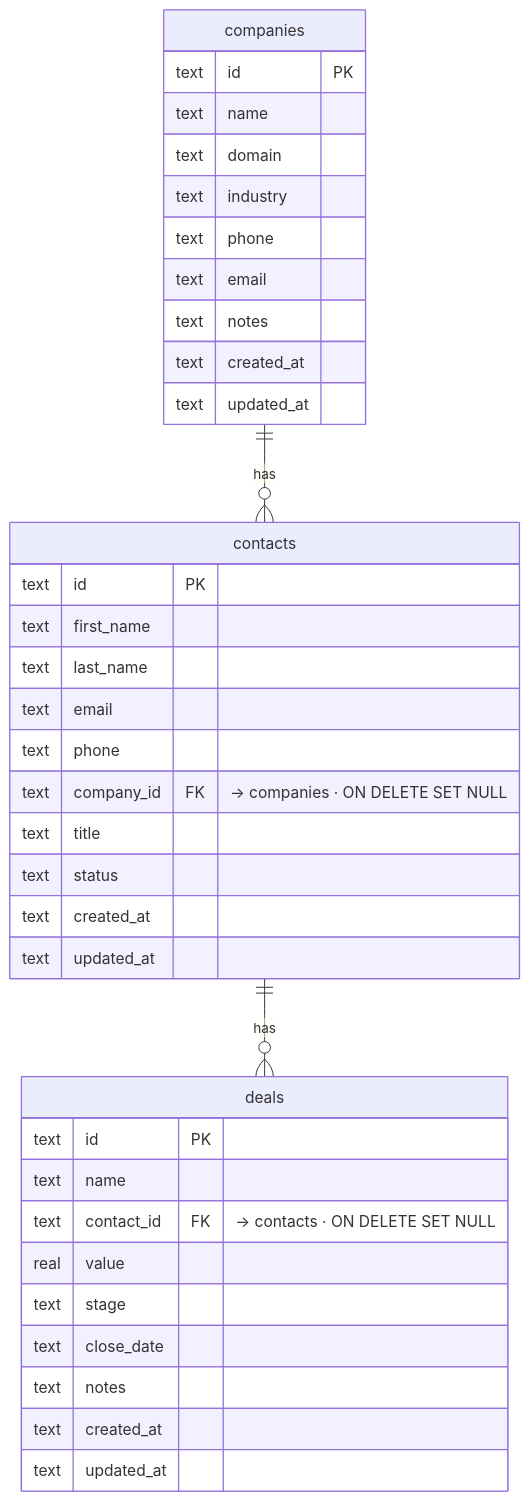
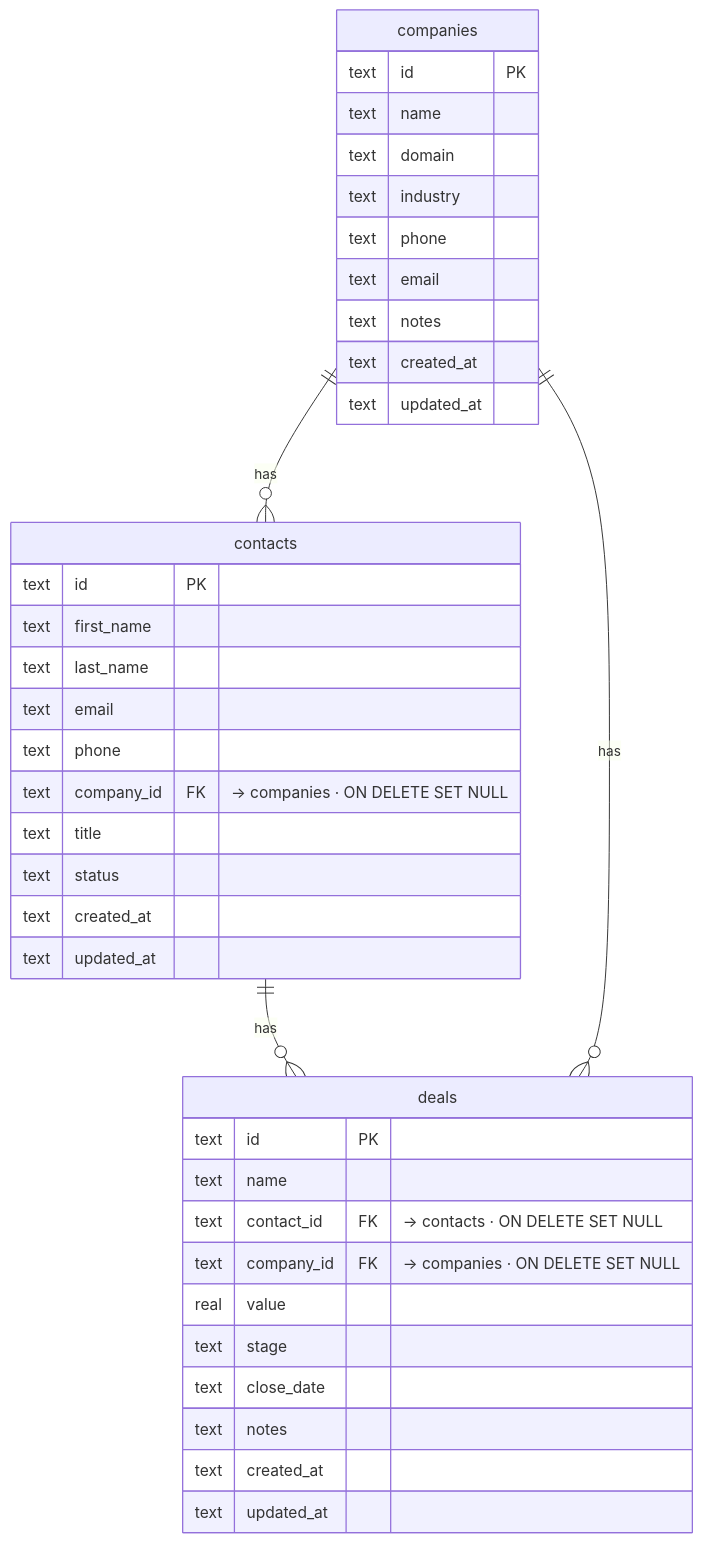
Before and after one commit to zqf20096327/dbhub_collect: the diagram in data/readmes/clawnify__OpenCRM.md, drawn with Mermaid. The commit also changed other lines of this file and 377 other files, not shown here.

````diff
--- a/data/readmes/clawnify__OpenCRM.md
+++ b/data/readmes/clawnify__OpenCRM.md
@@ -107,40 +107,42 @@
 ```mermaid
 erDiagram
     companies ||--o{ contacts : "has"
     contacts  ||--o{ deals    : "has"
+    companies ||--o{ deals    : "has"
 
     companies {
         text id PK
         text name
         text domain
         text industry
         text phone
         text email
         text notes
         text created_at
         text updated_at
     }
     contacts {
         text id PK
         text first_name
         text last_name
         text email
         text phone
         text company_id FK "→ companies · ON DELETE SET NULL"
         text title
         text status
         text created_at
         text updated_at
     }
     deals {
         text id PK
         text name
         text contact_id FK "→ contacts · ON DELETE SET NULL"
+        text company_id FK "→ companies · ON DELETE SET NULL"
         real value
         text stage
         text close_date
         text notes
         text created_at
         text updated_at
     }
 ```
````
